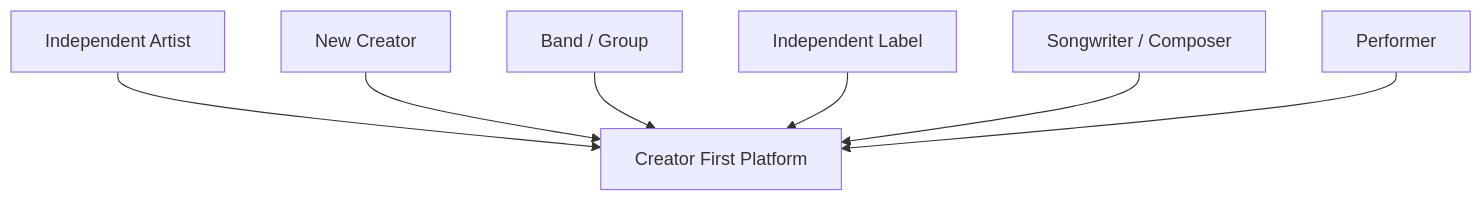
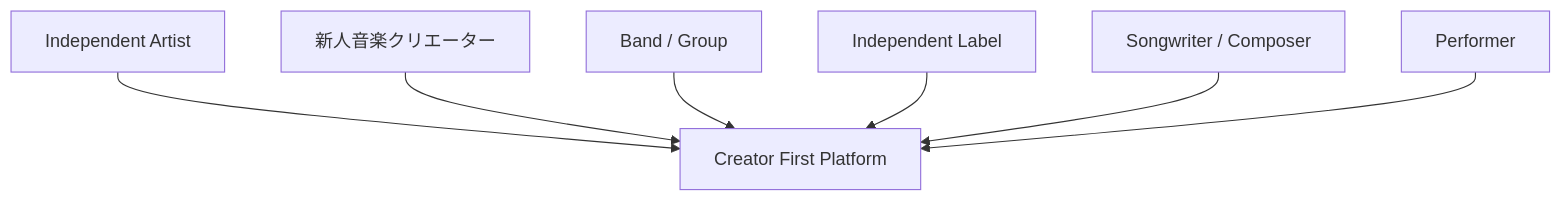
One commit to ShigeichiroYamasaki/creator-first-platform changed the second of 29 diagrams in docs/whitepaper/05-creator-onboarding.md. Above: the diagram before and after it, drawn with Mermaid. The commit also changed other lines of this file and 67 other files, not shown here.

````diff
--- a/docs/whitepaper/05-creator-onboarding.md
+++ b/docs/whitepaper/05-creator-onboarding.md
@@ -75,11 +75,11 @@
 ```mermaid
 flowchart TD
     CFP[Creator First Platform]
 
     INDIE[Independent Artist] --> CFP
-    NEW[New Creator] --> CFP
+    NEW[新人音楽クリエーター] --> CFP
     BAND[Band / Group] --> CFP
     LABEL[Independent Label] --> CFP
     WRITER[Songwriter / Composer] --> CFP
     PERF[Performer] --> CFP
 ```
````
